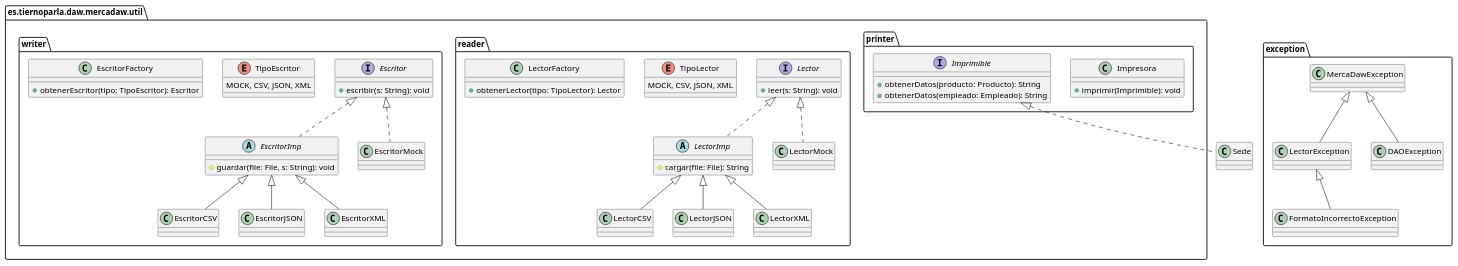
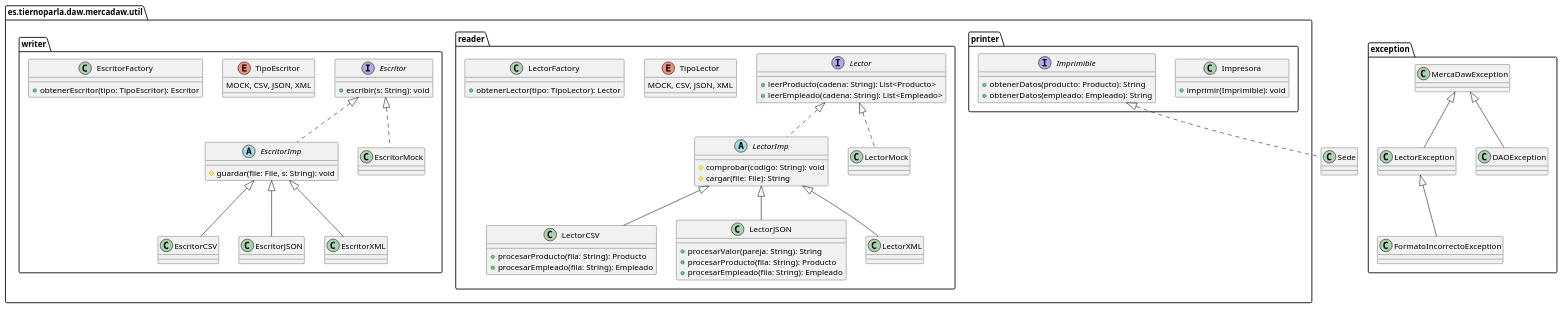
The diagram in design/Diagramas/Clases/DiagramaClasesUtil.pu (adrils16/MercaDawFinal), drawn with PlantUML before and after one commit. The commit also changed 12 other files, not shown here.

```diff
--- a/design/Diagramas/Clases/DiagramaClasesUtil.pu
+++ b/design/Diagramas/Clases/DiagramaClasesUtil.pu
@@ -1,94 +1,103 @@
 @startuml Diagrama clases
 ' left to right direction
 
 set namespaceSeparator none
 allow_mixing
 
 package es.tiernoparla.daw.mercadaw.util {
     package reader {
         interface Lector {
-            +leer(s: String): void
+            +leerProducto(cadena: String): List<Producto>
+            +leerEmpleado(cadena: String): List<Empleado>
         }
 
         abstract LectorImp {
+            #comprobar(codigo: String): void
             #cargar(file: File): String
         }
 
         class LectorMock
-        class LectorCSV
-        class LectorJSON
+        class LectorCSV {
+            +procesarProducto(fila: String): Producto
+            +procesarEmpleado(fila: String): Empleado
+        }
+        class LectorJSON {
+            +procesarValor(pareja: String): String
+            +procesarProducto(fila: String): Producto
+            +procesarEmpleado(fila: String): Empleado
+        }
         class LectorXML
 
         Lector <|.. LectorMock
         Lector <|.. LectorImp
 
         LectorImp <|-- LectorCSV
         LectorImp <|-- LectorJSON
         LectorImp <|-- LectorXML
 
         enum TipoLector {
             MOCK, CSV, JSON, XML
         }
 
         class LectorFactory {
             +obtenerLector(tipo: TipoLector): Lector
         }
     }
 
     package writer {
         interface Escritor{
             +escribir(s: String): void
         }
 
         abstract EscritorImp {
             #guardar(file: File, s: String): void
         }
 
         class EscritorMock
         class EscritorCSV
         class EscritorJSON
         class EscritorXML
 
         EscritorImp <|-- EscritorCSV
         EscritorImp <|-- EscritorJSON
         EscritorImp <|-- EscritorXML
         Escritor <|.. EscritorMock
 
         Escritor <|.. EscritorImp
 
         enum TipoEscritor {
             MOCK, CSV, JSON, XML
         }
 
         class EscritorFactory {
             +obtenerEscritor(tipo: TipoEscritor): Escritor
         }
     }
 
     package printer {
         class Impresora {
             +imprimir(Imprimible): void
         }
         interface Imprimible {
             +obtenerDatos(producto: Producto): String
             +obtenerDatos(empleado: Empleado): String
         }
     }
 }
 
 package exception {
     class MercaDawException
     class LectorException
     class FormatoIncorrectoException
     class DAOException
 
     MercaDawException <|-- LectorException
     LectorException <|-- FormatoIncorrectoException
     MercaDawException <|-- DAOException
 
     '! A medida de codificación anyadir mas
 }
 
 Imprimible <|.. Sede
 
 @enduml
```
